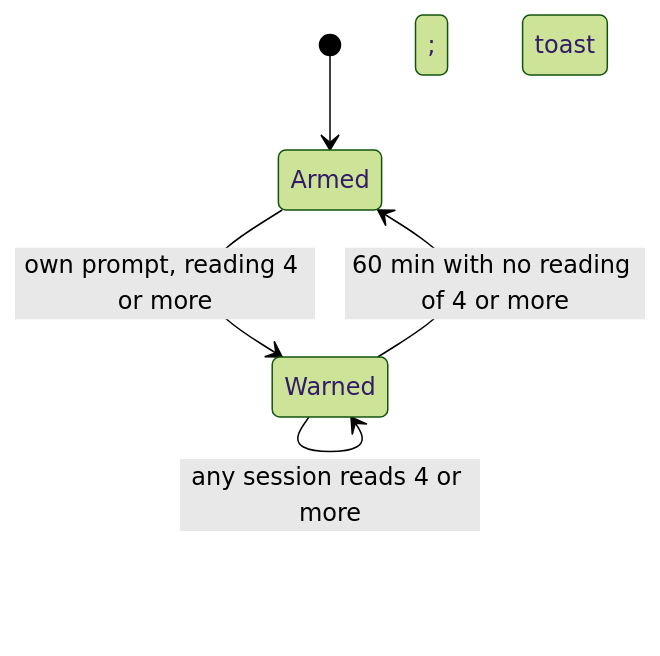
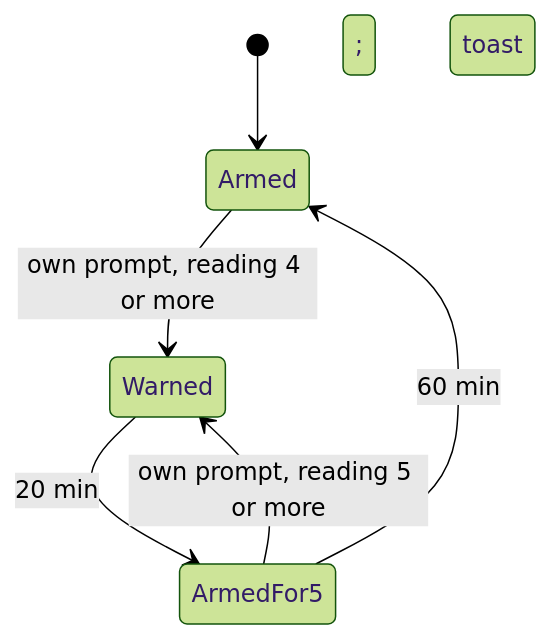
The diagram in docs/superpowers/specs/2026-11-24-cogload-active-sessions-warning-design.md (drakulavich/cogload), drawn with Mermaid (forest theme) before and after one commit. The commit also changed other lines of this file and 5 other files, not shown here.

````diff
--- a/docs/superpowers/specs/2026-11-24-cogload-active-sessions-warning-design.md
+++ b/docs/superpowers/specs/2026-11-24-cogload-active-sessions-warning-design.md
@@ -82,7 +101,8 @@
 ```mermaid
 stateDiagram-v2
     [*] --> Armed
     Armed --> Warned: own prompt, reading 4 or more; toast
-    Warned --> Warned: any session reads 4 or more
-    Warned --> Armed: 60 min with no reading of 4 or more
+    Warned --> ArmedFor5: 20 min
+    ArmedFor5 --> Warned: own prompt, reading 5 or more; toast
+    ArmedFor5 --> Armed: 60 min
 ```
````
